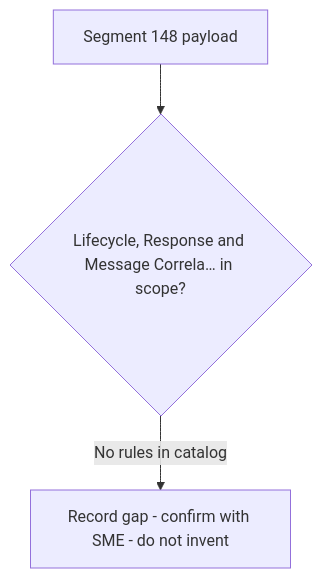
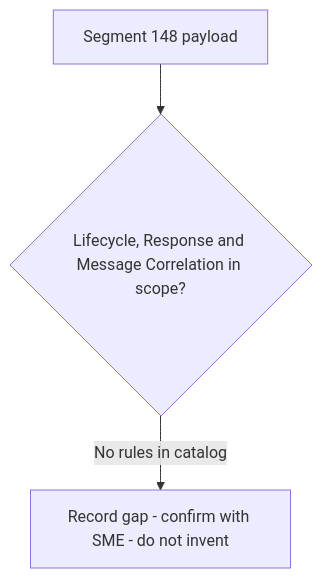
The diagram in regression-artifact-validator/specifications/ATL105/docs/specs/kb/segment-148/lifecycle-response-correlation-flow.md (DhanSingh-hub/core-auth-ai-validation-framework), drawn with Mermaid before and after one commit. The commit also changed 150 other files, not shown here.

````diff
--- a/regression-artifact-validator/specifications/ATL105/docs/specs/kb/segment-148/lifecycle-response-correlation-flow.md
+++ b/regression-artifact-validator/specifications/ATL105/docs/specs/kb/segment-148/lifecycle-response-correlation-flow.md
@@ -3,5 +3,5 @@
 ```mermaid
 flowchart TD
-    A[Segment 148 payload] --> B{Lifecycle, Response and Message Correla… in scope?}
+    A[Segment 148 payload] --> B{Lifecycle, Response and Message Correlation in scope?}
     B -->|No rules in catalog| G[Record gap - confirm with SME - do not invent]
 ```
````
